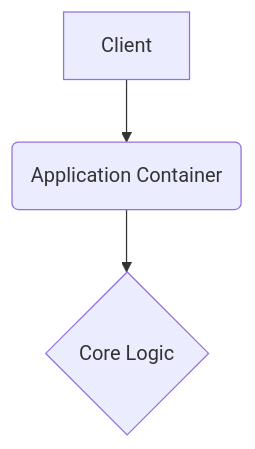
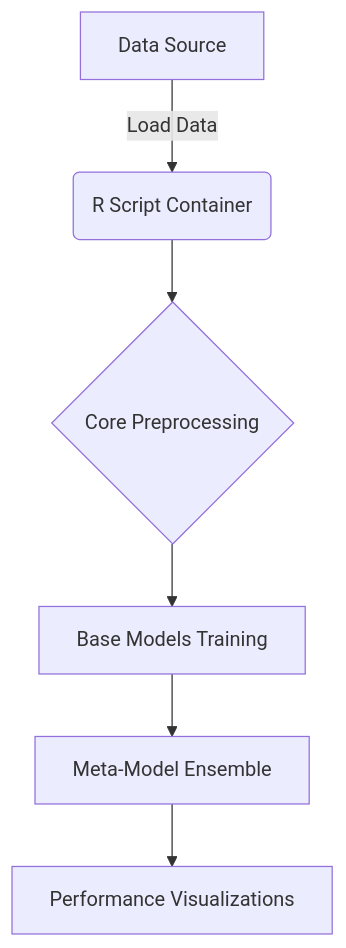
Before and after one commit to prajwal918/r-project: the diagram in README.md, drawn with Mermaid. The commit also changed other lines of this file and 6 other files, not shown here.

````diff
--- a/README.md
+++ b/README.md
@@ -7,5 +7,8 @@
 ```mermaid
 graph TD
-    A[Client] --> B(Application Container)
-    B --> C{Core Logic}
+    A[Data Source] -->|Load Data| B(R Script Container)
+    B --> C{Core Preprocessing}
+    C --> D[Base Models Training]
+    D --> E[Meta-Model Ensemble]
+    E --> F[Performance Visualizations]
 ```
````
